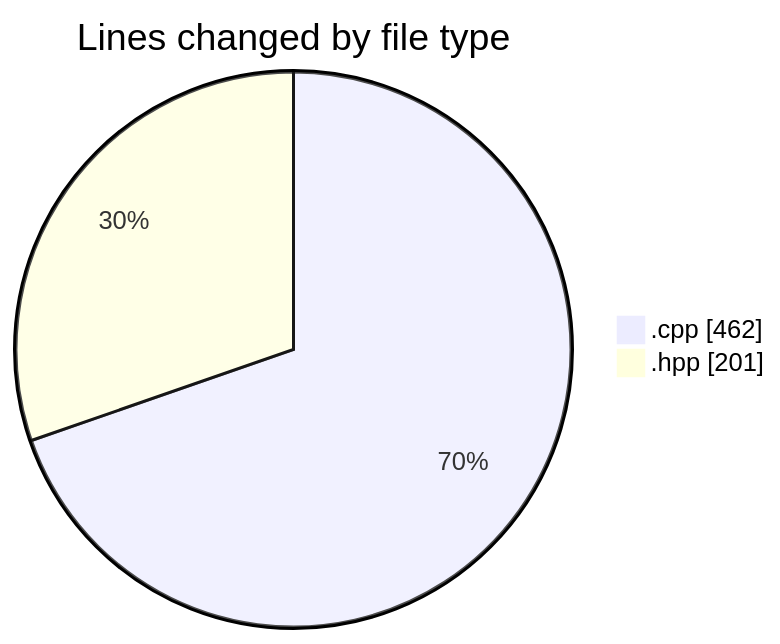
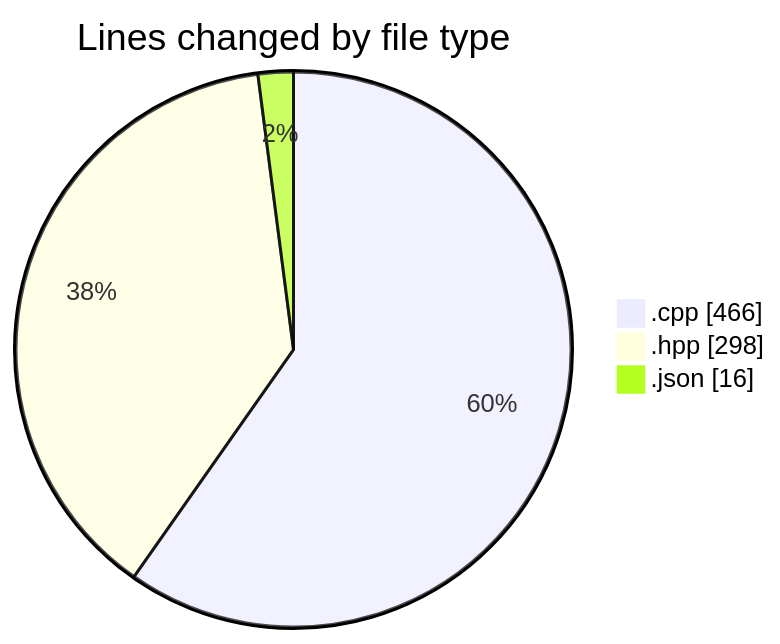
Before and after one commit to Netris89/code-tracking: the first of 2 diagrams in 2025-04-25/echo/README.md, drawn with Mermaid. The commit also changed other lines of this file and 1 other file, not shown here.

````diff
--- a/2025-04-25/echo/README.md
+++ b/2025-04-25/echo/README.md
@@ -22,6 +23,7 @@
 ```mermaid
 pie showData
 title Lines changed by file type
-".cpp" : 462
-".hpp" : 201
+".cpp" : 466
+".hpp" : 298
+".json" : 16
 ```
````
